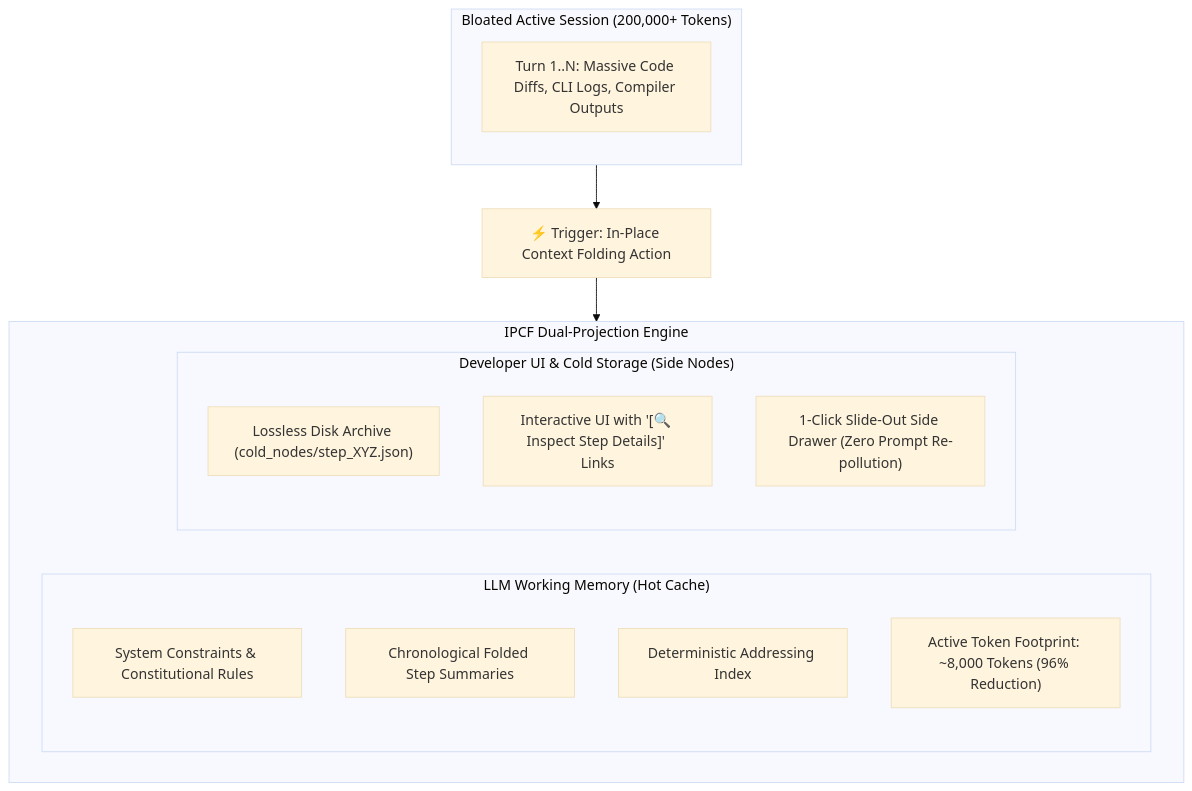
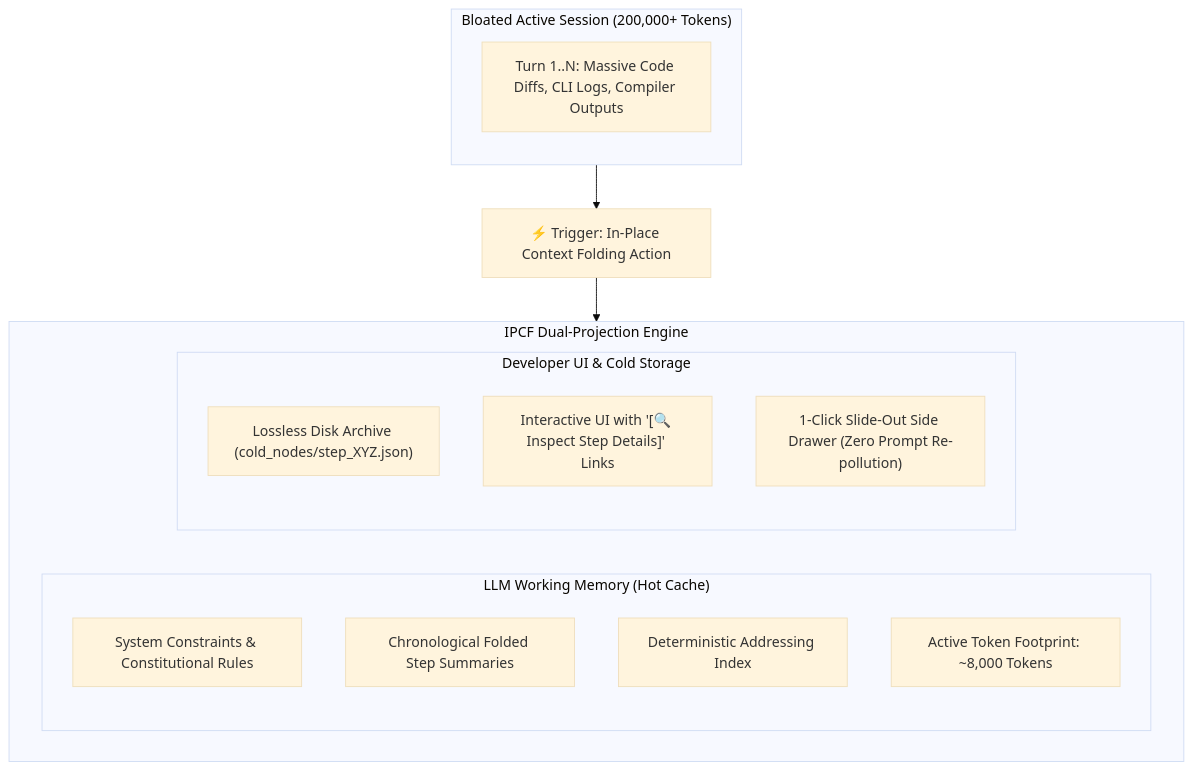
The first of 2 diagrams in README.md (mrblackman/ContextFold), drawn with Mermaid (base theme) before and after one commit. The commit also changed other lines of this file and 3 other files, not shown here.

Commit message:
[SPEC] v1.1.1: Triple hash model, nodes dict schema, session_id/sanitized, spec reframe

````diff
--- a/README.md
+++ b/README.md
@@ -69,31 +67,31 @@
 ```mermaid
 flowchart TD
     subgraph RawSession["Bloated Active Session (200,000+ Tokens)"]
         direction TB
         R1["Turn 1..N: Massive Code Diffs, CLI Logs, Compiler Outputs"]
     end
 
     Action["⚡ Trigger: In-Place Context Folding Action"]
     RawSession --> Action
 
     subgraph DualProjection["IPCF Dual-Projection Engine"]
         direction LR
         
         subgraph HotLayer["LLM Working Memory (Hot Cache)"]
             direction TB
             H1["System Constraints & Constitutional Rules"]
             H2["Chronological Folded Step Summaries"]
             H3["Deterministic Addressing Index"]
-            H4["Active Token Footprint: ~8,000 Tokens (96% Reduction)"]
+            H4["Active Token Footprint: ~8,000 Tokens"]
         end
 
-        subgraph ColdLayer["Developer UI & Cold Storage (Side Nodes)"]
+        subgraph ColdLayer["Developer UI & Cold Storage"]
             direction TB
             C1["Lossless Disk Archive (cold_nodes/step_XYZ.json)"]
             C2["Interactive UI with '[🔍 Inspect Step Details]' Links"]
             C3["1-Click Slide-Out Side Drawer (Zero Prompt Re-pollution)"]
         end
     end
 
     Action --> DualProjection
 ```
````
